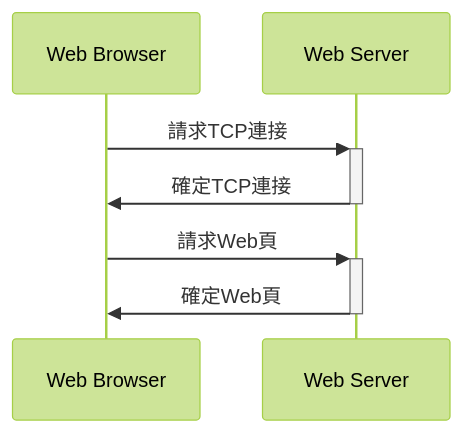
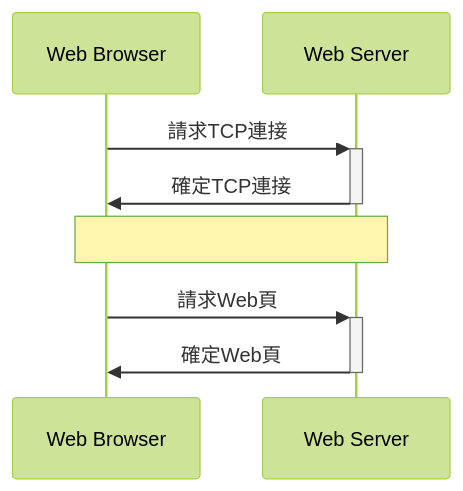
Before and after one commit to chchoiw/chchoiw.github.io: the diagram in _posts/2021-07-21-04741-internet.md, drawn with Mermaid (forest theme).

````diff
--- a/_posts/2021-07-21-04741-internet.md
+++ b/_posts/2021-07-21-04741-internet.md
@@ -46,7 +46,8 @@
 ```mermaid
 sequenceDiagram
     Web Browser->>+Web Server: 請求TCP連接
     Web Server->>-Web Browser: 確定TCP連接
+    Note over Web Browser,Web Server:
     Web Browser->>+Web Server: 請求Web頁
     Web Server->>-Web Browser: 確定Web頁
 ```
````
